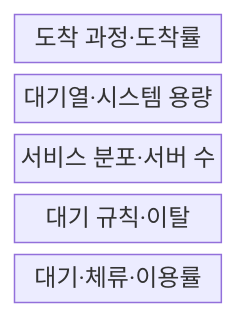
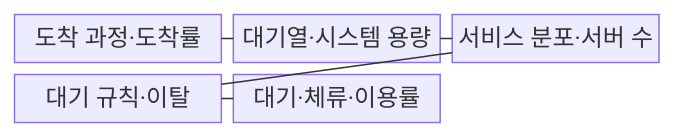
The first of 2 diagrams in src/content/docs/notes/06-evaluation/003_queuing_theory.md (agnusdei1207/knowledge-base), drawn with Mermaid before and after one commit. The commit also changed other lines of this file and 53 other files, not shown here.

````diff
--- a/src/content/docs/notes/06-evaluation/003_queuing_theory.md
+++ b/src/content/docs/notes/06-evaluation/003_queuing_theory.md
@@ -54,9 +54,13 @@
 ```mermaid
 block-beta
-  columns 1
+  columns 3
   A["도착 과정·도착률"]
   Q["대기열·시스템 용량"]
   S["서비스 분포·서버 수"]
   D["대기 규칙·이탈"]
   M["대기·체류·이용률"]
+  A --- Q
+  Q --- S
+  S --- D
+  D --- M
 ```
````
